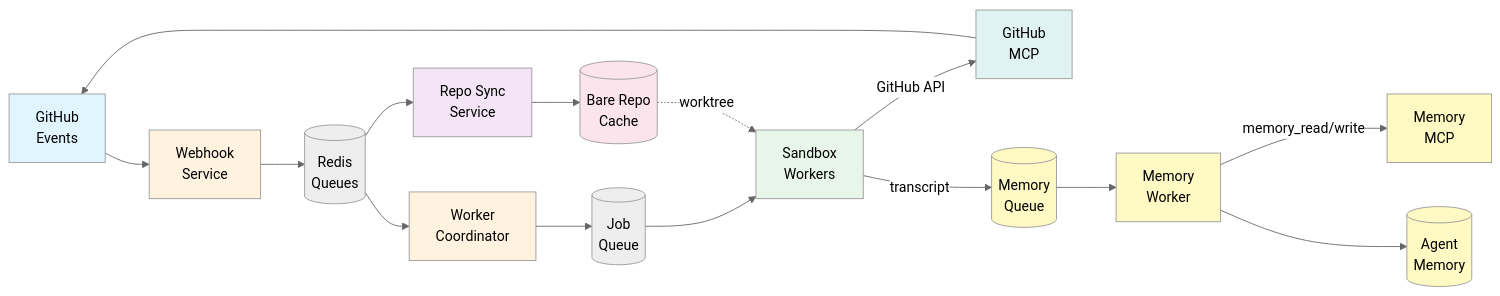
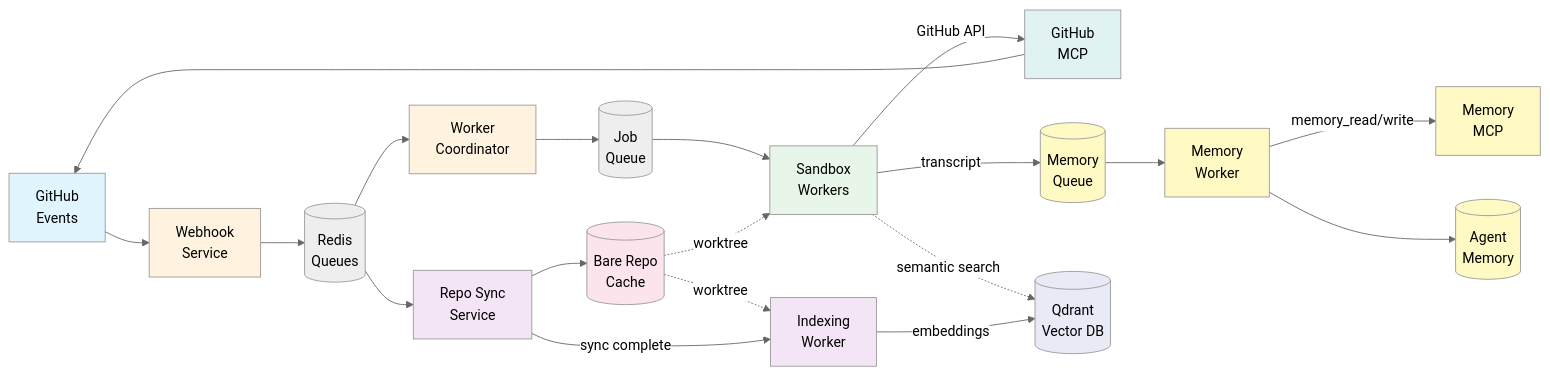
The diagram in docs/ARCHITECTURE.md (GabsFranke/claude-code-github-agent), drawn with Mermaid (neutral theme) before and after one commit. The commit also changed other lines of this file and 5 other files, not shown here.

First line of the commit message:
docs: Consolidate architecture and configuration documentation

````diff
--- a/docs/ARCHITECTURE.md
+++ b/docs/ARCHITECTURE.md
@@ -7,36 +7,43 @@
 ```mermaid
 flowchart LR
     GH[GitHub<br/>Events] --> WH[Webhook<br/>Service]
 
     WH --> RQ[(Redis<br/>Queues)]
 
     RQ --> W[Worker<br/>Coordinator]
     RQ --> RS[Repo Sync<br/>Service]
 
     W --> JQ[(Job<br/>Queue)]
     RS --> CACHE[(Bare Repo<br/>Cache)]
 
     JQ --> SW[Sandbox<br/>Workers]
     CACHE -.->|worktree| SW
+    CACHE -.->|worktree| IDX
 
     SW --> |GitHub API| MCP[GitHub<br/>MCP]
     SW --> |transcript| MEMQ[(Memory<br/>Queue)]
+    SW -.->|semantic search| QDRANT
 
     MEMQ --> MW[Memory<br/>Worker]
     MW --> |memory_read/write| MEM_MCP[Memory<br/>MCP]
     MW --> MEM_VOL[(Agent<br/>Memory)]
+
+    RS --> |sync complete| IDX[Indexing<br/>Worker]
+    IDX --> |embeddings| QDRANT[(Qdrant<br/>Vector DB)]
 
     MCP --> GH
 
     style GH fill:#e1f5ff
     style WH fill:#fff3e0
     style W fill:#fff3e0
     style RS fill:#f3e5f5
     style SW fill:#e8f5e9
     style CACHE fill:#fce4ec
     style MCP fill:#e0f2f1
     style MW fill:#fff9c4
     style MEM_MCP fill:#fff9c4
     style MEM_VOL fill:#fff9c4
     style MEMQ fill:#fff9c4
+    style IDX fill:#f3e5f5
+    style QDRANT fill:#e8eaf6
 ```
````
